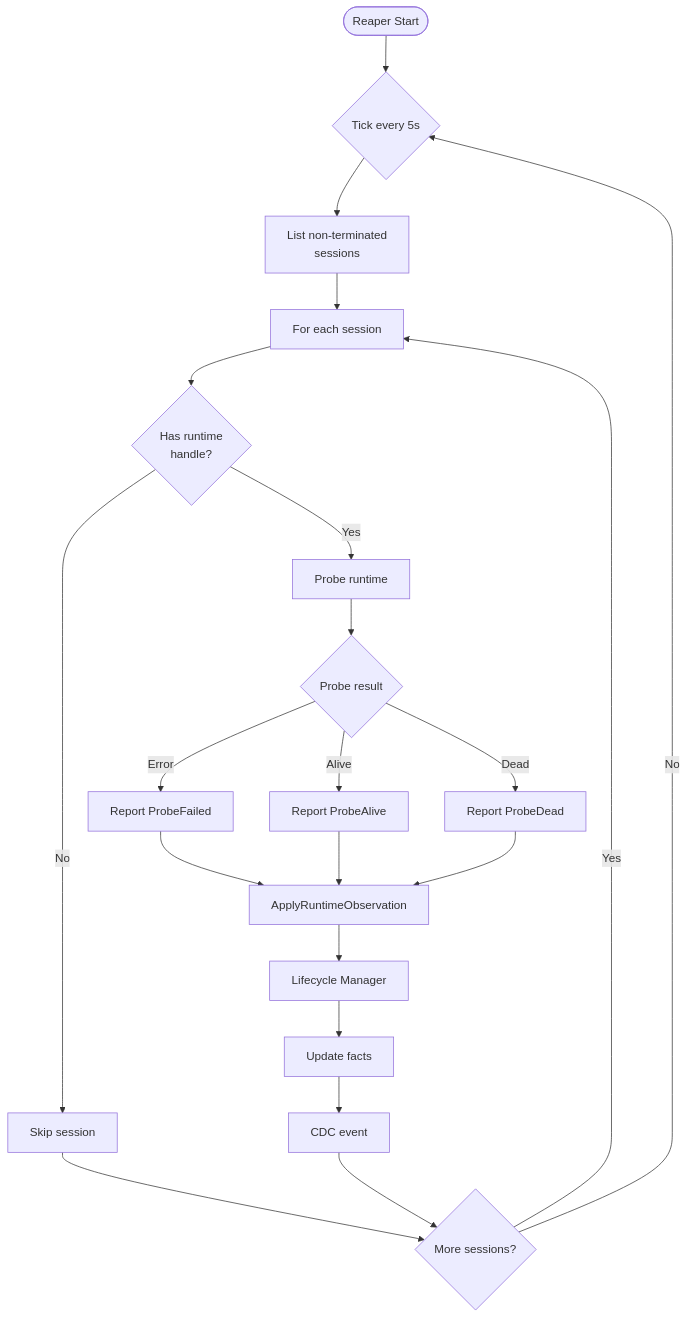
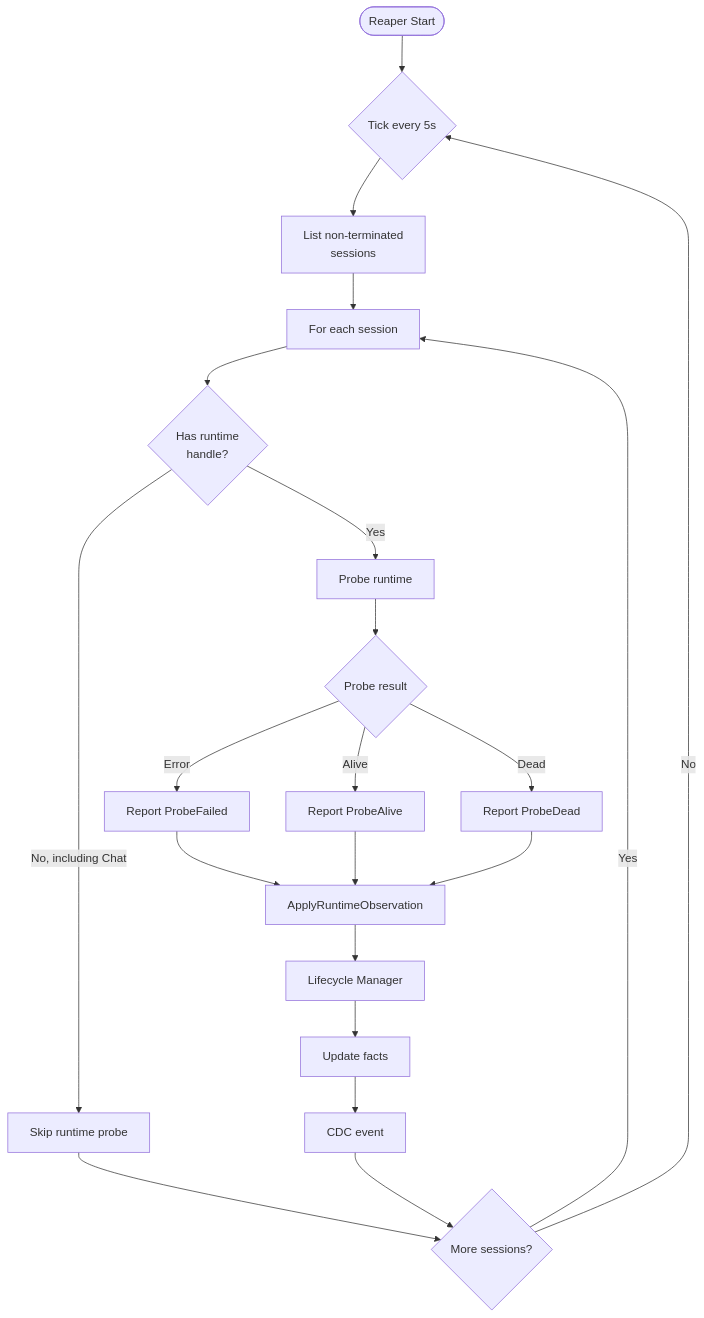
One commit to AronPerez/agent-orchestrator changed diagram 19 of 24 in docs/architecture.md. Above: the diagram before and after it, drawn with Mermaid. The commit also changed other lines of this file and 744 other files, not shown here.

````diff
--- a/docs/architecture.md
+++ b/docs/architecture.md
@@ -615,30 +739,30 @@
 ```mermaid
 flowchart TD
     Start([Reaper Start]) --> Loop{Tick every 5s}
 
     Loop --> List[List non-terminated<br/>sessions]
     List --> ForEach[For each session]
 
     ForEach --> GetHandle{Has runtime<br/>handle?}
-    GetHandle -->|No| Skip[Skip session]
+    GetHandle -->|No, including Chat| Skip[Skip runtime probe]
     GetHandle -->|Yes| Probe[Probe runtime]
 
     Probe --> Result{Probe result}
     Result -->|Error| ReportFailed[Report ProbeFailed]
     Result -->|Alive| ReportAlive[Report ProbeAlive]
     Result -->|Dead| ReportDead[Report ProbeDead]
 
     ReportFailed --> Apply[ApplyRuntimeObservation]
     ReportAlive --> Apply
     ReportDead --> Apply
 
     Apply --> LCM[Lifecycle Manager]
     LCM --> Update[Update facts]
     Update --> CDC[CDC event]
 
     Skip --> NextSession{More sessions?}
     CDC --> NextSession
     NextSession -->|Yes| ForEach
     NextSession -->|No| Loop
 
 ```
````
